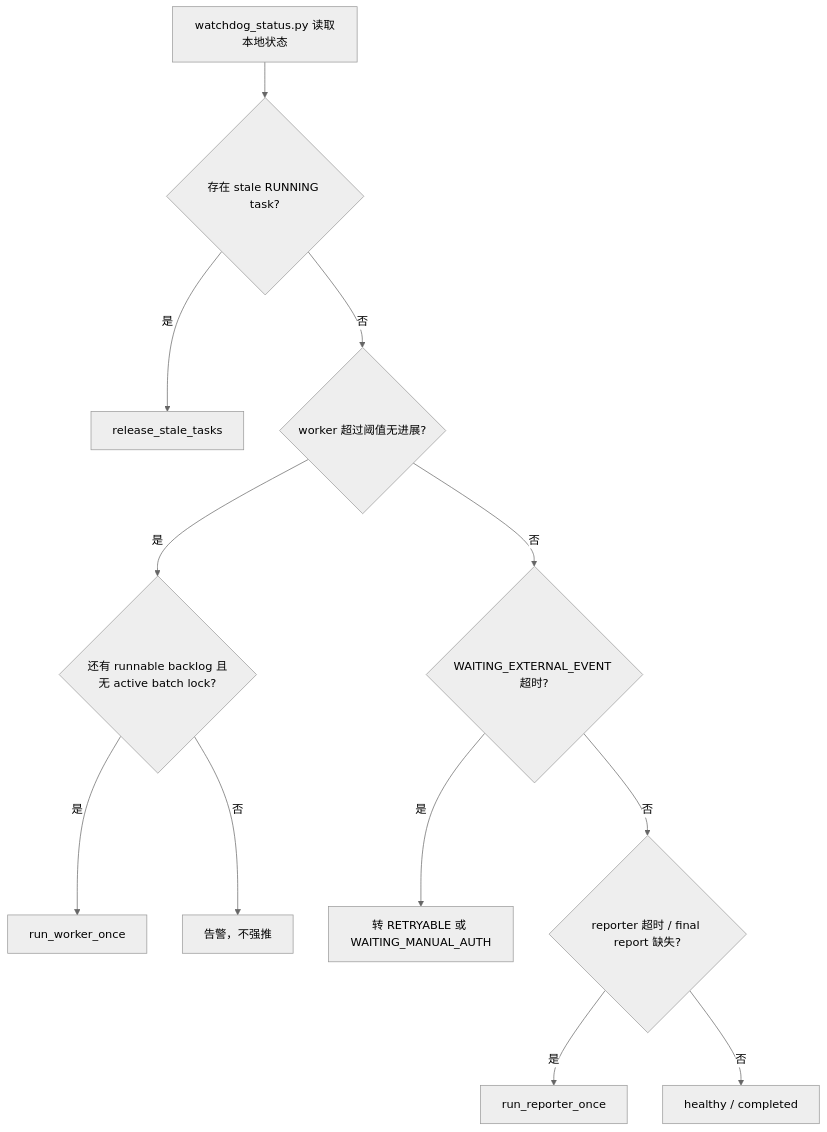
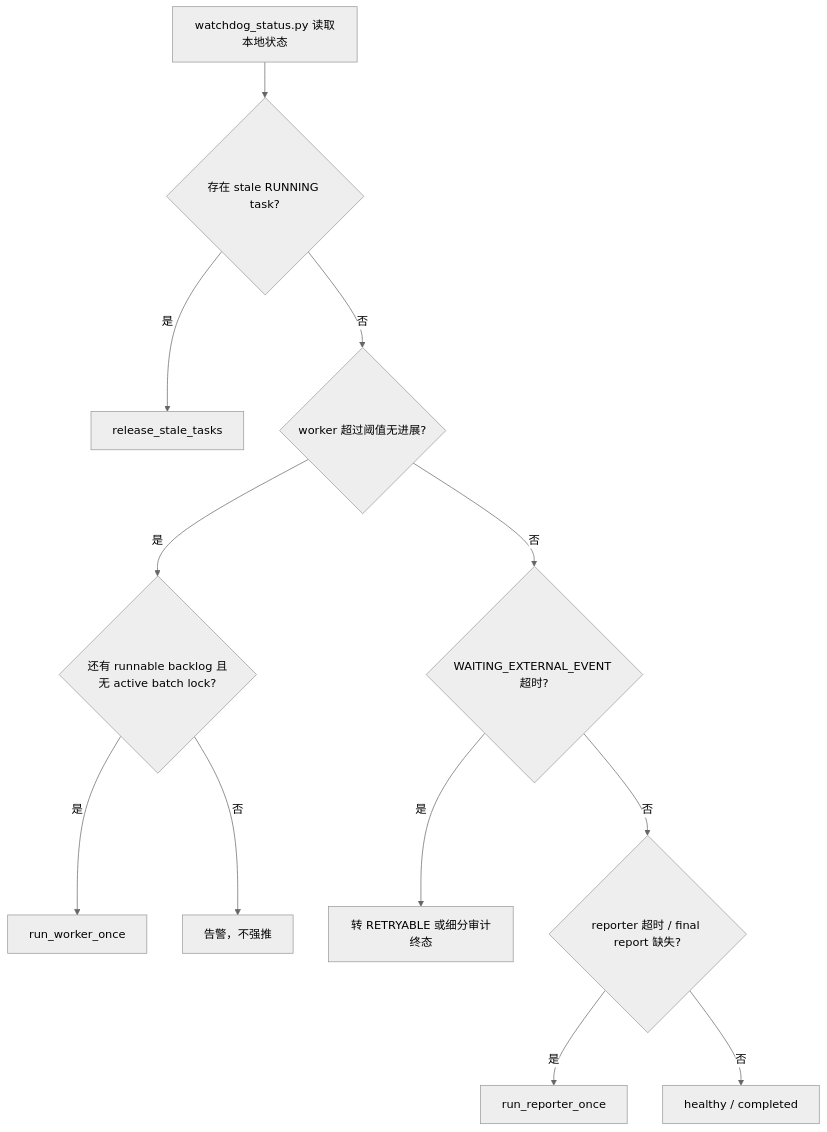
Before and after one commit to glassesmonkey/backlinkfecther: diagram 15 of 16 in technical-architecture-diagrams-zh.md, drawn with Mermaid (neutral theme). The commit also changed other lines of this file and 25 other files, not shown here.

````diff
--- a/technical-architecture-diagrams-zh.md
+++ b/technical-architecture-diagrams-zh.md
@@ -532,14 +528,14 @@
 ```mermaid
 flowchart TD
     A[watchdog_status.py 读取本地状态] --> B{存在 stale RUNNING task?}
     B -- 是 --> B1[release_stale_tasks]
     B -- 否 --> C{worker 超过阈值无进展?}
     C -- 是 --> C1{还有 runnable backlog 且无 active batch lock?}
     C1 -- 是 --> C2[run_worker_once]
     C1 -- 否 --> C3[告警，不强推]
     C -- 否 --> D{WAITING_EXTERNAL_EVENT 超时?}
-    D -- 是 --> D1[转 RETRYABLE 或 WAITING_MANUAL_AUTH]
+    D -- 是 --> D1[转 RETRYABLE 或细分审计终态]
     D -- 否 --> E{reporter 超时 / final report 缺失?}
     E -- 是 --> E1[run_reporter_once]
     E -- 否 --> F[healthy / completed]
 ```
````
